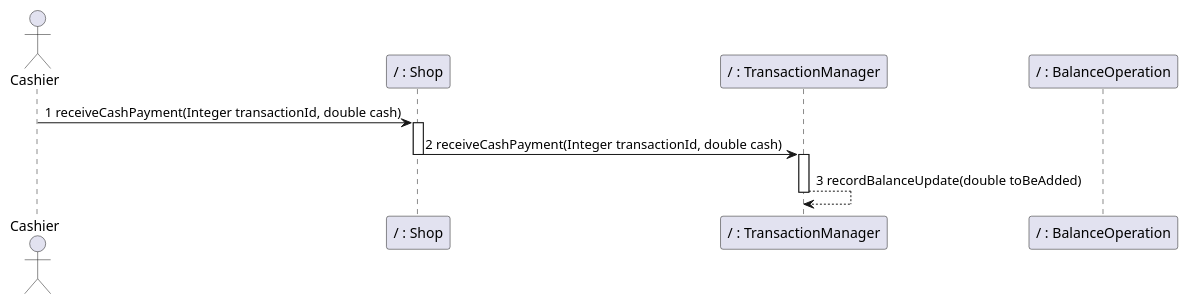
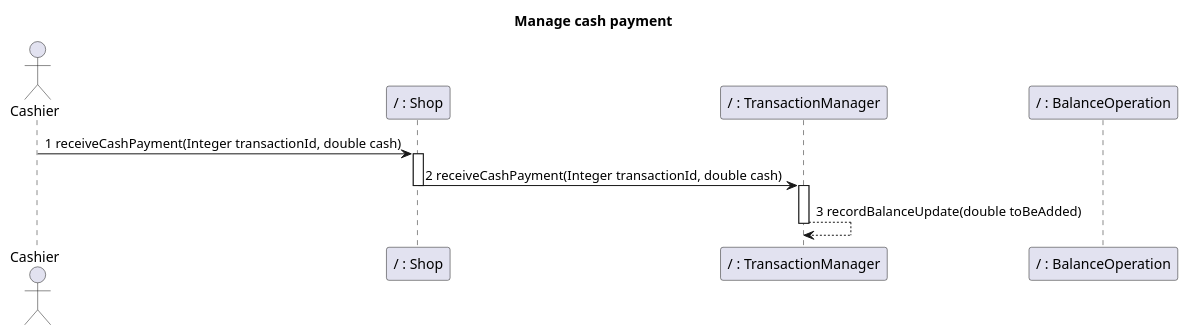
One commit to nicolabattaglino/ezshop changed diagram 27 of 32 in Deliverables/DesignDocument.md. Above: the diagram before and after it, drawn with PlantUML. The commit also changed other lines of this file, not shown here.

````diff
--- a/Deliverables/DesignDocument.md
+++ b/Deliverables/DesignDocument.md
@@ -1323,15 +1340,21 @@
 ```plantuml
 @startuml
+
+title
+Manage cash payment
+end title
+
+
 actor Cashier
 participant "/ : Shop" as Shop
 participant "/ : TransactionManager" as TransactionManager
 participant "/ : BalanceOperation" as BalanceOperation
 Cashier -> Shop:1 receiveCashPayment(Integer transactionId, double cash)
 activate Shop
 Shop -> TransactionManager:2 receiveCashPayment(Integer transactionId, double cash)
 deactivate Shop
 activate TransactionManager
 TransactionManager --> TransactionManager:3 recordBalanceUpdate(double toBeAdded)
 deactivate TransactionManager
 @enduml
 ```
````
